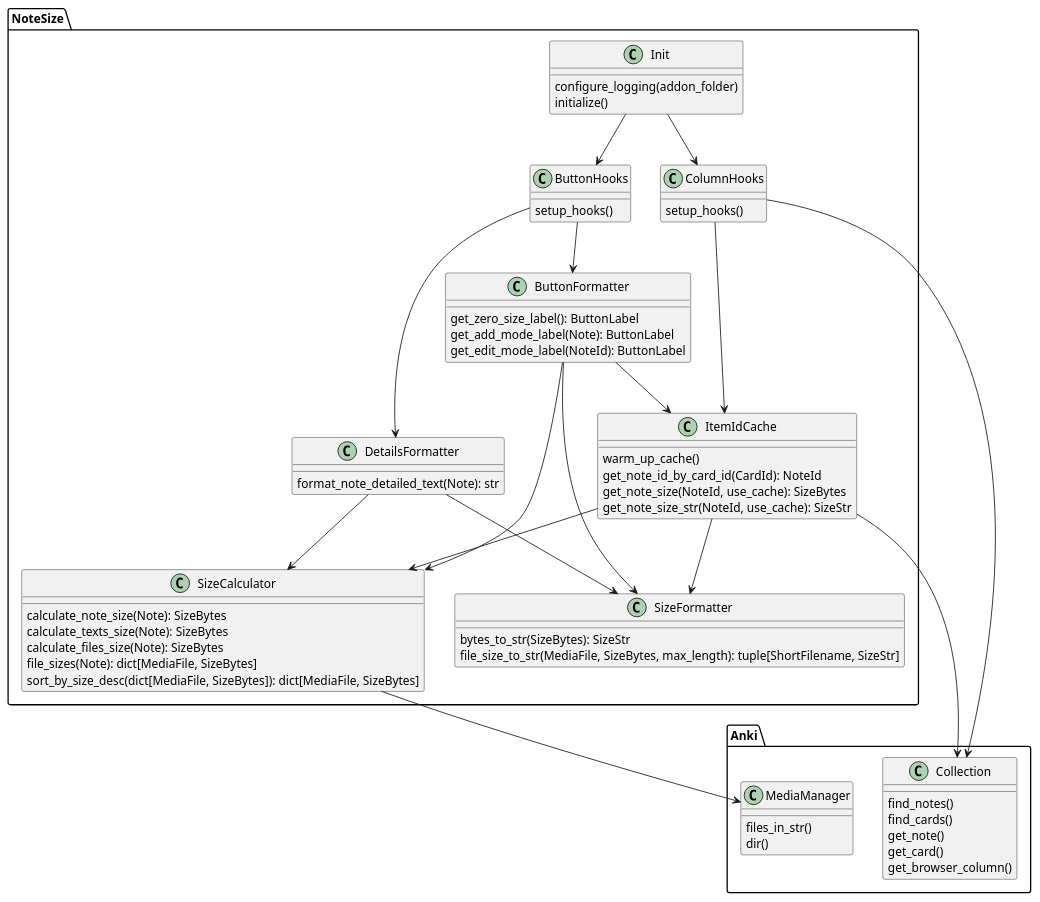
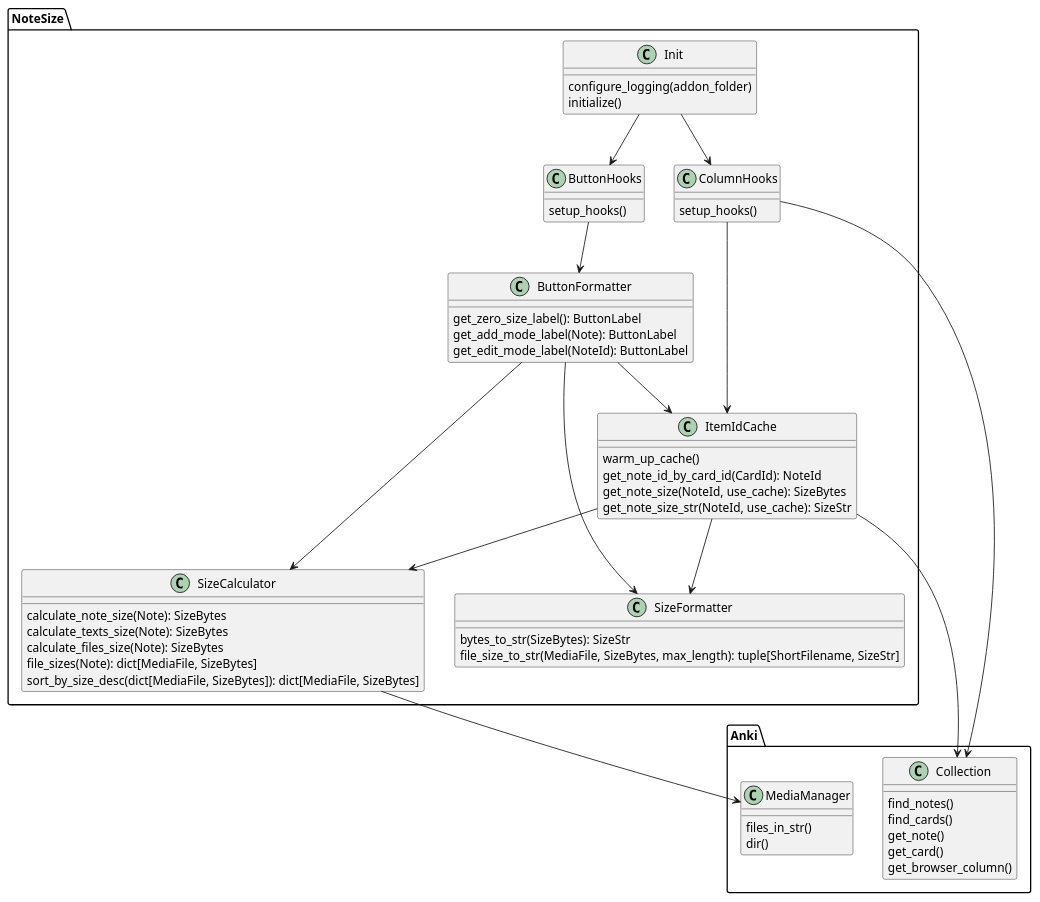
Before and after one commit to Aleks-Ya/note-size-anki-addon: the diagram in docs-template/uml/class_diagram.puml, drawn with PlantUML. The commit also changed 6 other files, not shown here.

Commit message:
Delete DetailsFormatter

```diff
--- a/docs-template/uml/class_diagram.puml
+++ b/docs-template/uml/class_diagram.puml
@@ -1,81 +1,74 @@
 @startuml
 'https://plantuml.com/class-diagram
 
 package Anki {
     class Collection {
         find_notes()
         find_cards()
         get_note()
         get_card()
         get_browser_column()
     }
     class MediaManager {
         files_in_str()
         dir()
     }
 }
 
 package NoteSize {
     together {
         class ButtonHooks {
             setup_hooks()
         }
         class ColumnHooks {
             setup_hooks()
         }
-    }
-    class DetailsFormatter {
-        format_note_detailed_text(Note): str
     }
     class ButtonFormatter {
         get_zero_size_label(): ButtonLabel
         get_add_mode_label(Note): ButtonLabel
         get_edit_mode_label(NoteId): ButtonLabel
     }
     class SizeCalculator {
         calculate_note_size(Note): SizeBytes
         calculate_texts_size(Note): SizeBytes
         calculate_files_size(Note): SizeBytes
         file_sizes(Note): dict[MediaFile, SizeBytes]
         sort_by_size_desc(dict[MediaFile, SizeBytes]): dict[MediaFile, SizeBytes]
     }
     class SizeFormatter {
         bytes_to_str(SizeBytes): SizeStr
         file_size_to_str(MediaFile, SizeBytes, max_length): tuple[ShortFilename, SizeStr]
     }
     class ItemIdCache {
         warm_up_cache()
         get_note_id_by_card_id(CardId): NoteId
         get_note_size(NoteId, use_cache): SizeBytes
         get_note_size_str(NoteId, use_cache): SizeStr
     }
     class Init {
         configure_logging(addon_folder)
         initialize()
     }
 }
 
 Init --> ColumnHooks
 Init --> ButtonHooks
 
 ButtonHooks --> ButtonFormatter
-ButtonHooks --> DetailsFormatter
 
 ButtonFormatter --> ItemIdCache
 ButtonFormatter --> SizeCalculator
 ButtonFormatter --> SizeFormatter
-
-DetailsFormatter --> SizeFormatter
-DetailsFormatter --> SizeCalculator
 
 SizeCalculator --> MediaManager
 
 ColumnHooks --> Collection
 ColumnHooks --> ItemIdCache
 
 ItemIdCache --> Collection
 ItemIdCache --> SizeCalculator
 ItemIdCache --> SizeFormatter
 
 
 @enduml
```
